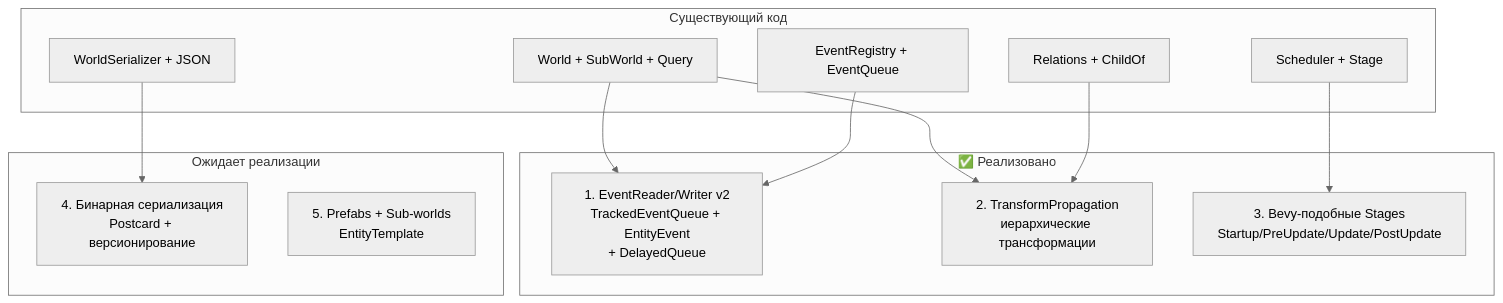
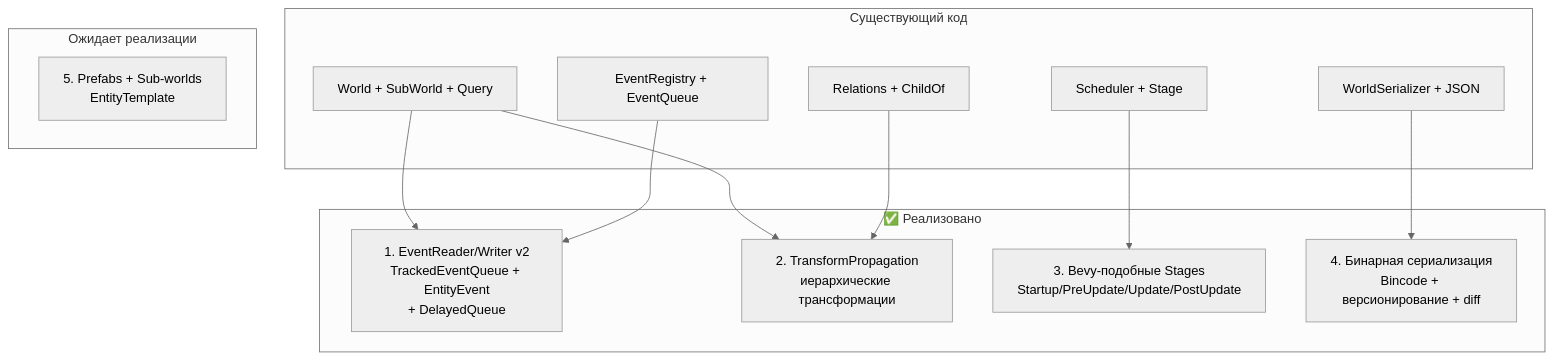
The first of 2 diagrams in plans/feature_plan.md (StanislavMal/apex-ecs), drawn with Mermaid (neutral theme) before and after one commit. The commit also changed other lines of this file and 7 other files, not shown here.

````diff
--- a/plans/feature_plan.md
+++ b/plans/feature_plan.md
@@ -11,28 +11,28 @@
 ```mermaid
 graph TB
     subgraph "Существующий код"
         WC[World + SubWorld + Query]
         EV[EventRegistry + EventQueue]
         SCH[Scheduler + Stage]
         REL[Relations + ChildOf]
         SER[WorldSerializer + JSON]
     end
 
     subgraph "✅ Реализовано"
         F1["1. EventReader/Writer v2<br/>TrackedEventQueue + EntityEvent<br/>+ DelayedQueue"]
         F2["2. TransformPropagation<br/>иерархические трансформации"]
         F3["3. Bevy-подобные Stages<br/>Startup/PreUpdate/Update/PostUpdate"]
+        F4["4. Бинарная сериализация<br/>Bincode + версионирование + diff"]
     end
 
     subgraph "Ожидает реализации"
-        F4["4. Бинарная сериализация<br/>Postcard + версионирование"]
         F5["5. Prefabs + Sub-worlds<br/>EntityTemplate"]
     end
 
     WC --> F1
     WC --> F2
     EV --> F1
     SCH --> F3
     REL --> F2
     SER --> F4
 ```
````
